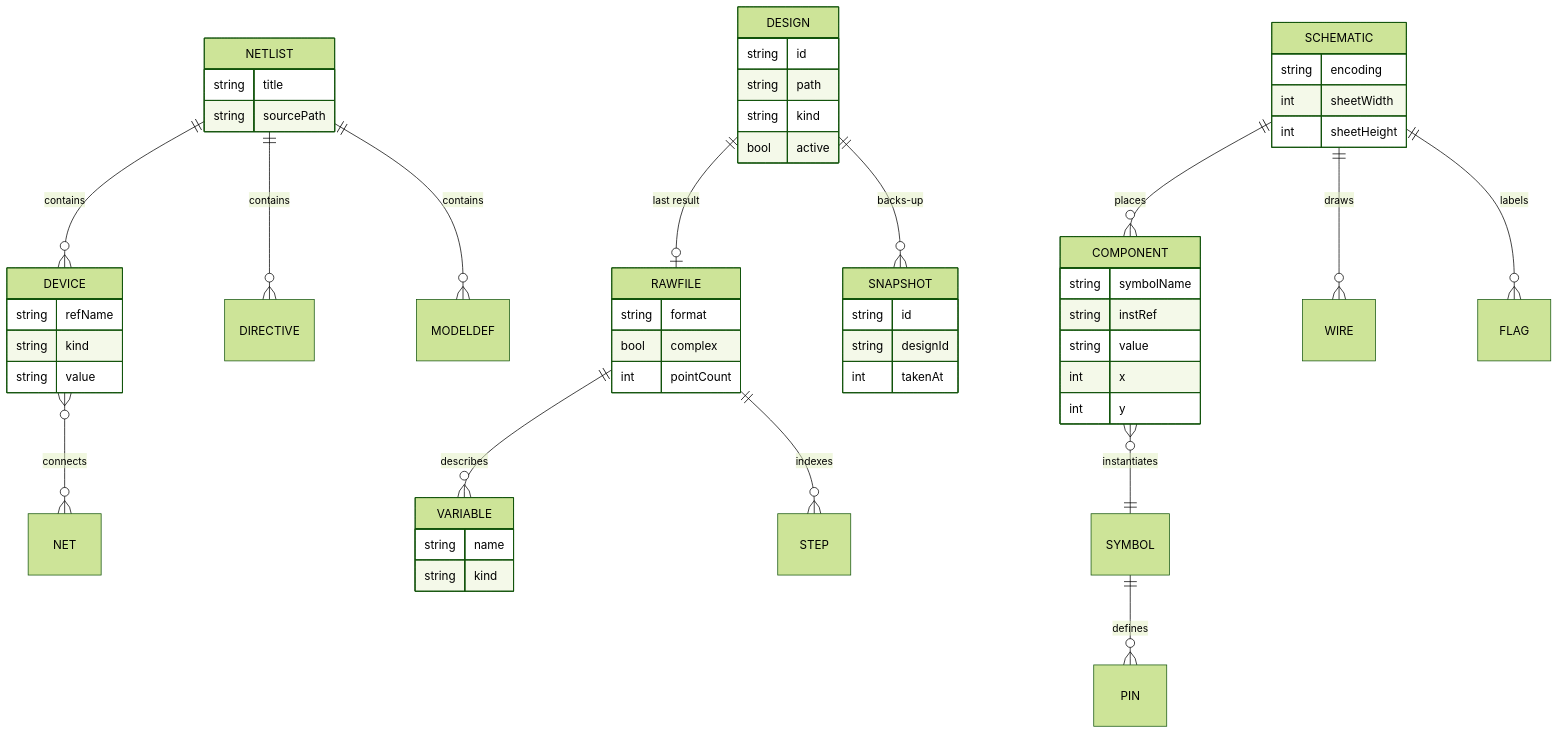
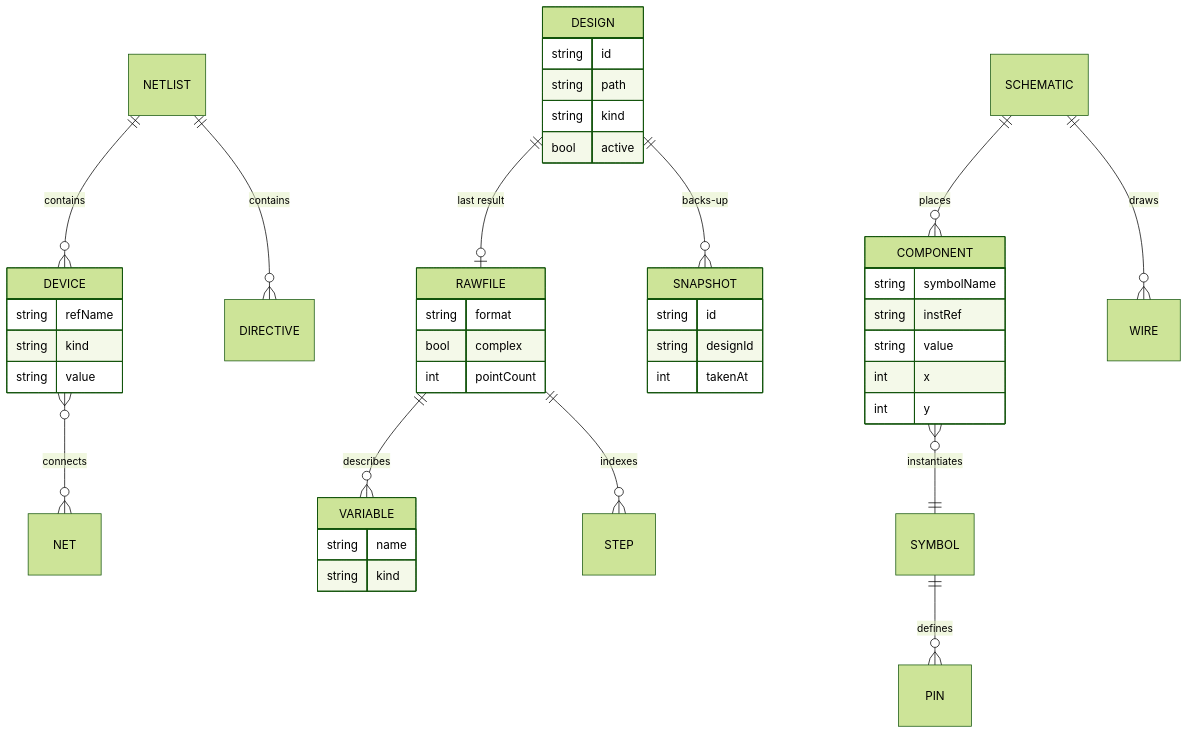
One commit to sohampatwardhan/openspice-mcp changed the fifth of 7 diagrams in .kiro/specs/openspice-mcp/design.md. Above: the diagram before and after it, drawn with Mermaid (forest theme). The commit also changed other lines of this file and 4 other files, not shown here.

````diff
--- a/.kiro/specs/openspice-mcp/design.md
+++ b/.kiro/specs/openspice-mcp/design.md
@@ -300,57 +252,46 @@
 ```mermaid
 erDiagram
   DESIGN ||--o| RAWFILE : "last result"
   DESIGN ||--o{ SNAPSHOT : backs-up
   NETLIST ||--o{ DEVICE : contains
   NETLIST ||--o{ DIRECTIVE : contains
-  NETLIST ||--o{ MODELDEF : contains
   DEVICE }o--o{ NET : connects
   SCHEMATIC ||--o{ COMPONENT : places
   SCHEMATIC ||--o{ WIRE : draws
-  SCHEMATIC ||--o{ FLAG : labels
   COMPONENT }o--|| SYMBOL : instantiates
   SYMBOL ||--o{ PIN : defines
   RAWFILE ||--o{ VARIABLE : describes
   RAWFILE ||--o{ STEP : indexes
   DESIGN {
     string id
     string path
     string kind
     bool active
   }
   SNAPSHOT {
     string id
     string designId
     int takenAt
   }
-  NETLIST {
-    string title
-    string sourcePath
-  }
   DEVICE {
     string refName
     string kind
     string value
-  }
-  SCHEMATIC {
-    string encoding
-    int sheetWidth
-    int sheetHeight
   }
   COMPONENT {
     string symbolName
     string instRef
     string value
     int x
     int y
   }
   RAWFILE {
     string format
     bool complex
     int pointCount
   }
   VARIABLE {
     string name
     string kind
   }
 ```
````
